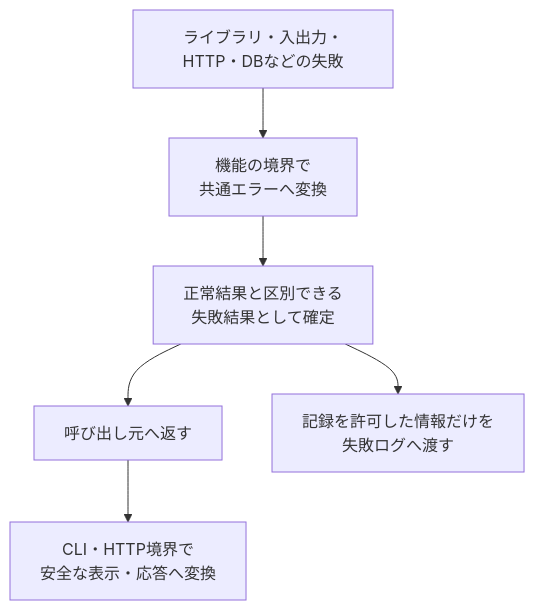
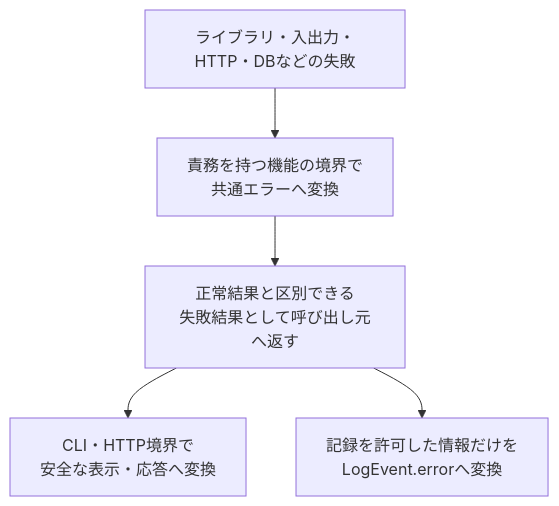
The diagram in project-docs/design/エラー設計.md (takashit16833/RAGScope), drawn with Mermaid before and after one commit. The commit also changed other lines of this file, not shown here.

````diff
--- a/project-docs/design/エラー設計.md
+++ b/project-docs/design/エラー設計.md
@@ -28,12 +112,12 @@
 ```mermaid
 flowchart TD
     Failure["ライブラリ・入出力・HTTP・DBなどの失敗"]
-    Convert["機能の境界で<br>共通エラーへ変換"]
-    Result["正常結果と区別できる<br>失敗結果として確定"]
-    Caller["呼び出し元へ返す"]
+    Convert["責務を持つ機能の境界で<br>共通エラーへ変換"]
+    Result["正常結果と区別できる<br>失敗結果として呼び出し元へ返す"]
     Interface["CLI・HTTP境界で<br>安全な表示・応答へ変換"]
-    Log["記録を許可した情報だけを<br>失敗ログへ渡す"]
+    Log["記録を許可した情報だけを<br>LogEvent.errorへ変換"]
 
-    Failure --> Convert --> Result --> Caller --> Interface
+    Failure --> Convert --> Result
+    Result --> Interface
     Result --> Log
 ```
````
